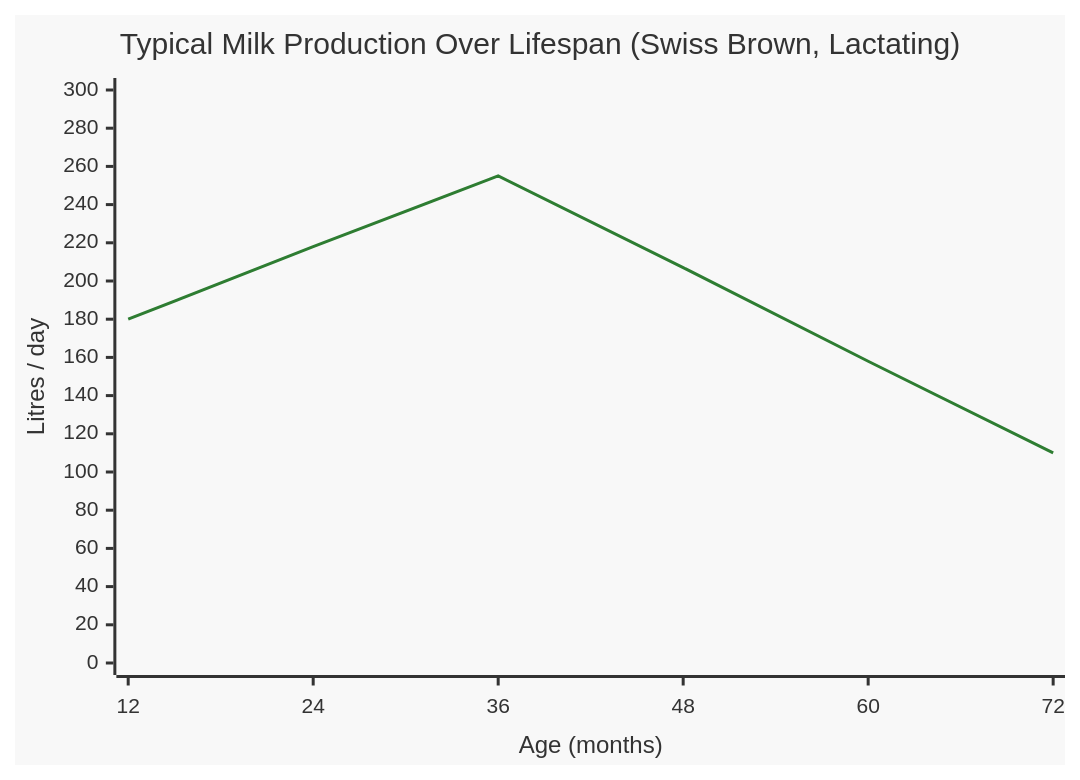
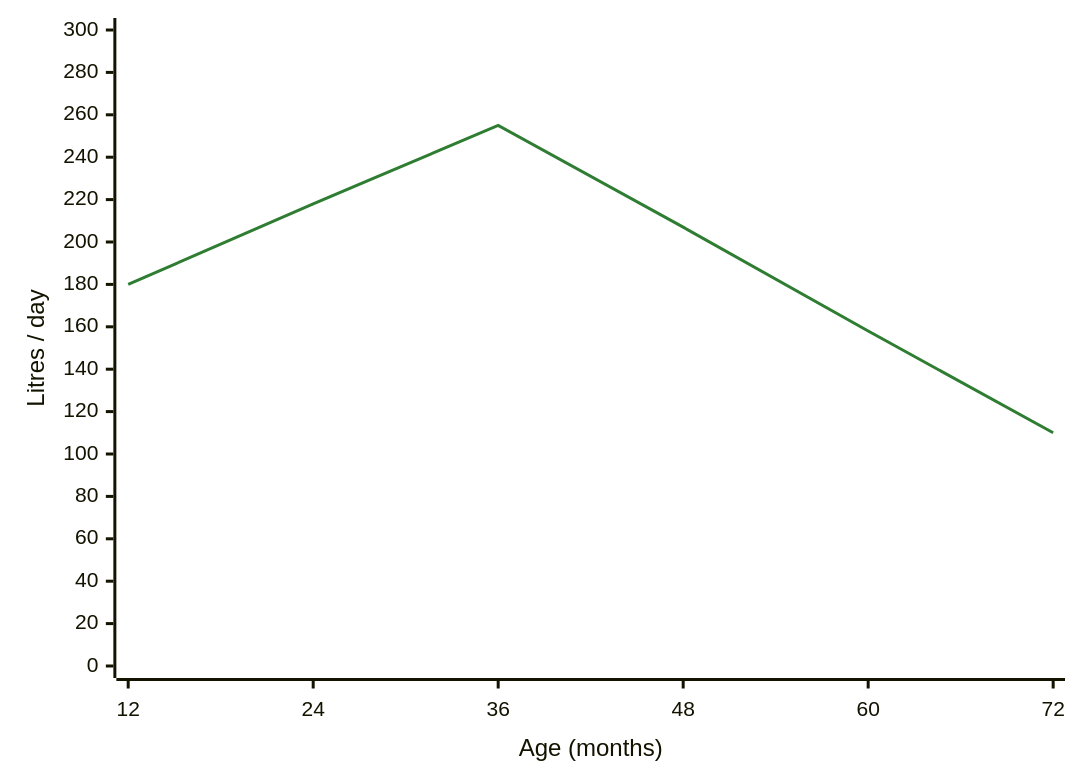
One commit to rittermod/FS25_RealisticLivestockRM changed the diagram in docs/user-guide/factsheet-cattle.md. Above: the diagram before and after it, drawn with Mermaid. The commit also changed 2 other files, not shown here.

Commit message:
docs: fighting mermaids in the dark

````diff
--- a/docs/user-guide/factsheet-cattle.md
+++ b/docs/user-guide/factsheet-cattle.md
@@ -47,8 +47,7 @@
 ```mermaid
-%%{init: {"themeVariables": {"xyChart": {"backgroundColor": "#f8f8f8", "titleColor": "#333333", "xAxisLabelColor": "#333333", "xAxisTitleColor": "#333333", "xAxisTickColor": "#333333", "xAxisLineColor": "#333333", "yAxisLabelColor": "#333333", "yAxisTitleColor": "#333333", "yAxisTickColor": "#333333", "yAxisLineColor": "#333333", "plotColorPalette": "#2e7d32"}}}}%%
+%%{init: {"themeVariables": {"xyChart": {"plotColorPalette": "#2e7d32"}}}}%%
 xychart-beta
-    title "Typical Milk Production Over Lifespan (Swiss Brown, Lactating)"
     x-axis "Age (months)" [12, 24, 36, 48, 60, 72]
     y-axis "Litres / day" 0 --> 300
     line [180, 218, 255, 207, 158, 110]
 ```
````
